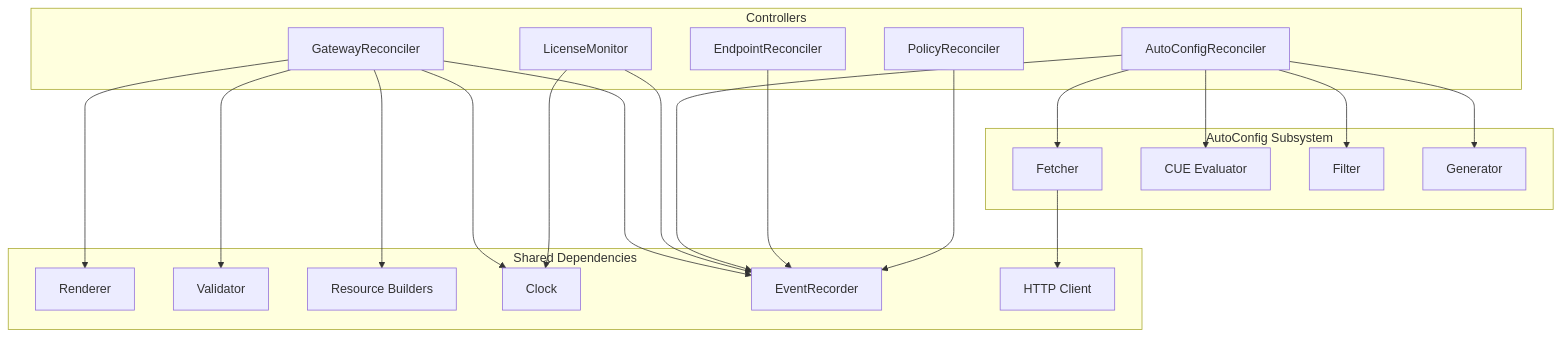
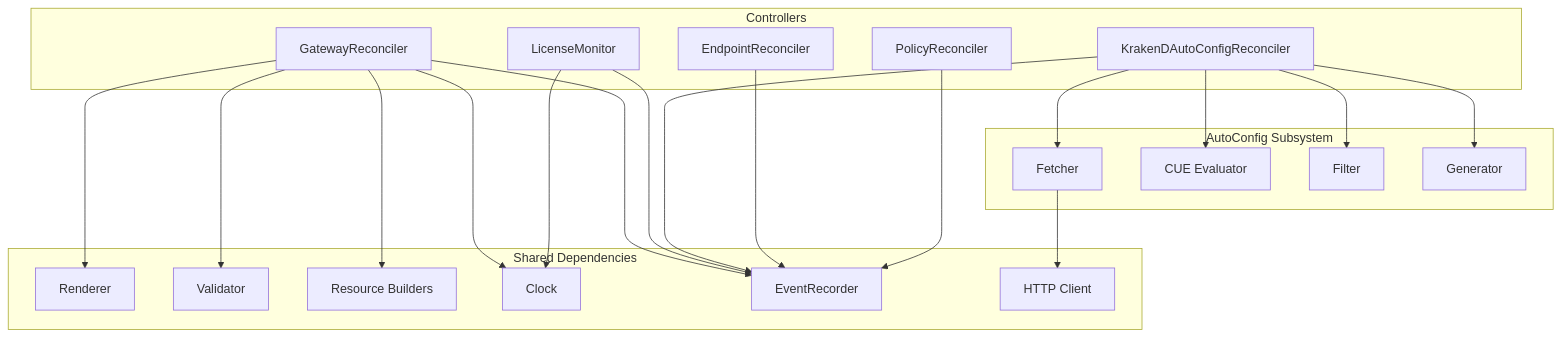
The second of 10 diagrams in architecture/application/application-architecture.md (MyCarrier-DevOps/KrakenD-Operator), drawn with Mermaid before and after one commit. The commit also changed other lines of this file and 4 other files, not shown here.

````diff
--- a/architecture/application/application-architecture.md
+++ b/architecture/application/application-architecture.md
@@ -795,42 +814,42 @@
 ```mermaid
 graph TB
     subgraph "Controllers"
         GC[GatewayReconciler]
         EC[EndpointReconciler]
         PC[PolicyReconciler]
-        ACC[AutoConfigReconciler]
+        ACC[KrakenDAutoConfigReconciler]
         LM[LicenseMonitor]
     end
 
     subgraph "Shared Dependencies"
         R[Renderer]
         V[Validator]
         RB[Resource Builders]
         CL[Clock]
         REC[EventRecorder]
         HC[HTTP Client]
     end
 
     subgraph "AutoConfig Subsystem"
         FE[Fetcher]
         CUE_E[CUE Evaluator]
         FI[Filter]
         GEN[Generator]
     end
 
     GC --> R
     GC --> V
     GC --> RB
     GC --> CL
     GC --> REC
     LM --> CL
     LM --> REC
     ACC --> FE
     ACC --> CUE_E
     ACC --> FI
     ACC --> GEN
     ACC --> REC
     FE --> HC
     EC --> REC
     PC --> REC
 ```
````
